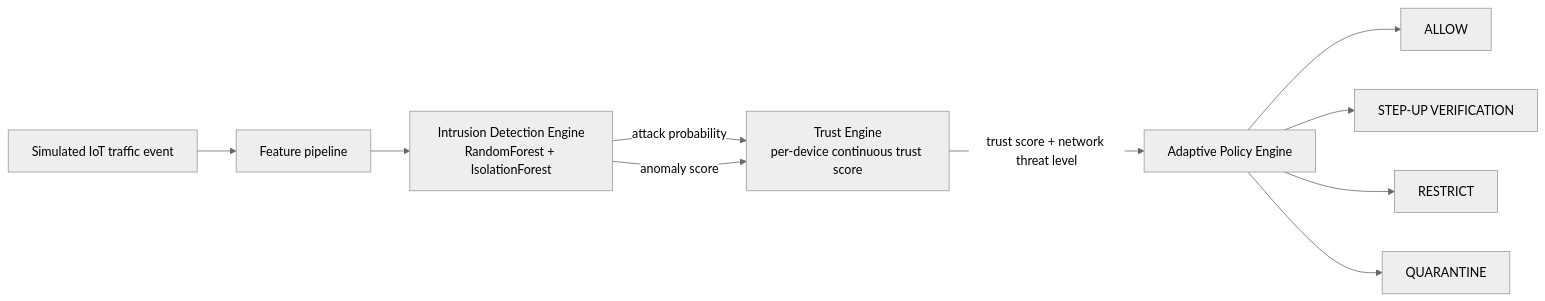
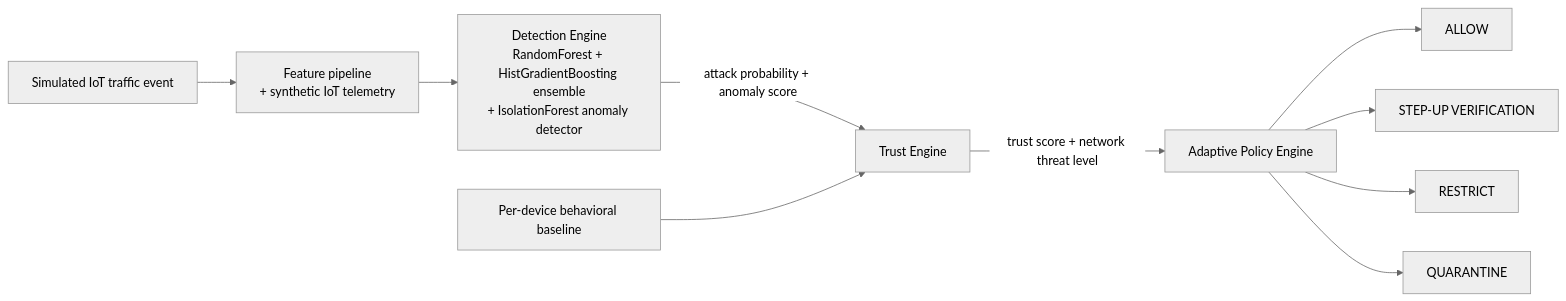
Before and after one commit to grizzystrong/Final-Year-Project: the diagram in README.md, drawn with Mermaid (neutral theme). The commit also changed other lines of this file and 14 other files, not shown here.

Commit message:
v2: ensemble model, 3-signal trust engine, self-healing dashboard

````diff
--- a/README.md
+++ b/README.md
@@ -8,12 +8,12 @@
 ```mermaid
 flowchart LR
-    A[Simulated IoT traffic event] --> B[Feature pipeline]
-    B --> C[Intrusion Detection Engine\nRandomForest + IsolationForest]
-    C -->|attack probability| D[Trust Engine\nper-device continuous trust score]
-    C -->|anomaly score| D
+    A[Simulated IoT traffic event] --> B[Feature pipeline\n+ synthetic IoT telemetry]
+    B --> C[Detection Engine\nRandomForest + HistGradientBoosting ensemble\n+ IsolationForest anomaly detector]
+    C -->|attack probability + anomaly score| D[Trust Engine]
+    E2[Per-device behavioral baseline] --> D
     D -->|trust score + network threat level| E[Adaptive Policy Engine]
     E --> F1[ALLOW]
     E --> F2[STEP-UP VERIFICATION]
     E --> F3[RESTRICT]
     E --> F4[QUARANTINE]
 ```
````
